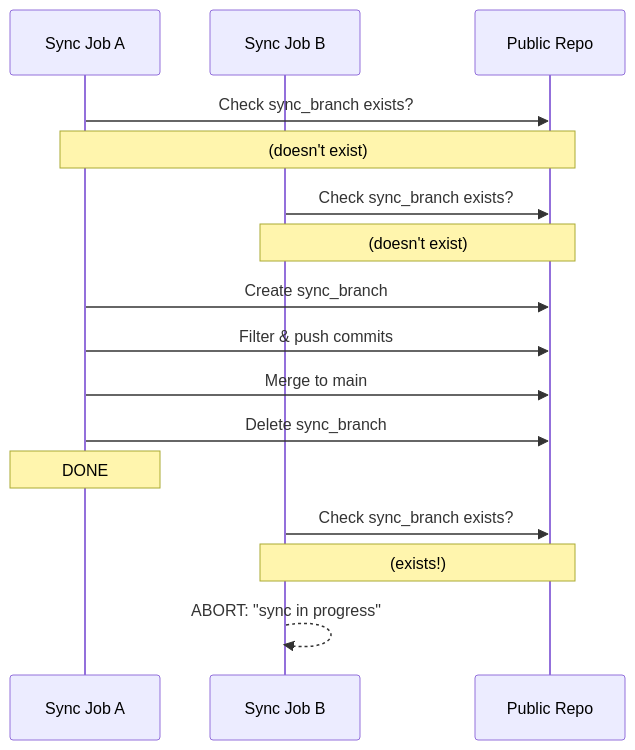
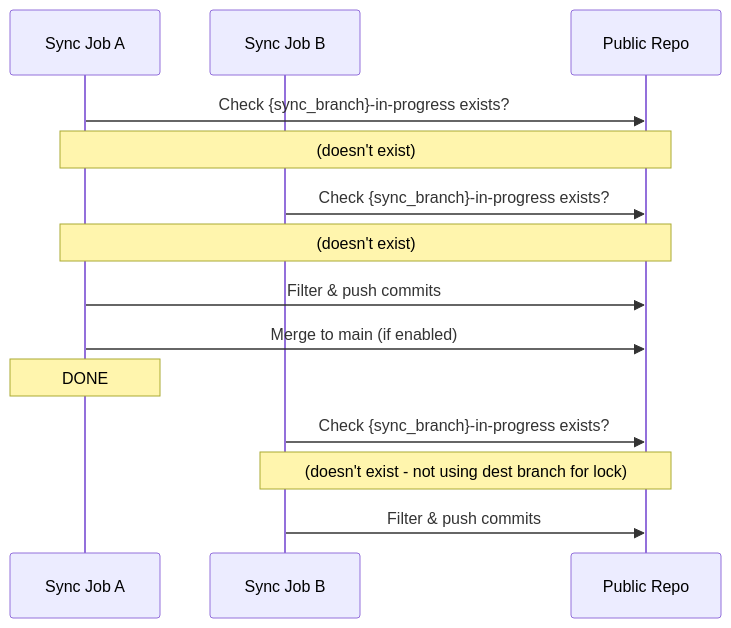
Before and after one commit to Merge-42/git-sync-filtered: the second of 2 diagrams in docs/IDEMPOTENCY_REMEDIATION.md, drawn with Mermaid. The commit also changed other lines of this file and 6 other files, not shown here.

````diff
--- a/docs/IDEMPOTENCY_REMEDIATION.md
+++ b/docs/IDEMPOTENCY_REMEDIATION.md
@@ -202,19 +204,17 @@
 ```mermaid
 sequenceDiagram
     participant A as Sync Job A
     participant B as Sync Job B
     participant Pub as Public Repo
 
-    A->>Pub: Check sync_branch exists?
+    A->>Pub: Check {sync_branch}-in-progress exists?
     Note over A,Pub: (doesn't exist)
-    B->>Pub: Check sync_branch exists?
-    Note over B,Pub: (doesn't exist)
-    A->>Pub: Create sync_branch
+    B->>Pub: Check {sync_branch}-in-progress exists?
+    Note over A,Pub: (doesn't exist)
     A->>Pub: Filter & push commits
-    A->>Pub: Merge to main
-    A->>Pub: Delete sync_branch
+    A->>Pub: Merge to main (if enabled)
     Note over A: DONE
-    B->>Pub: Check sync_branch exists?
-    Note over B,Pub: (exists!)
-    B-->>B: ABORT: "sync in progress"
+    B->>Pub: Check {sync_branch}-in-progress exists?
+    Note over B,Pub: (doesn't exist - not using dest branch for lock)
+    B->>Pub: Filter & push commits
 ```
````
